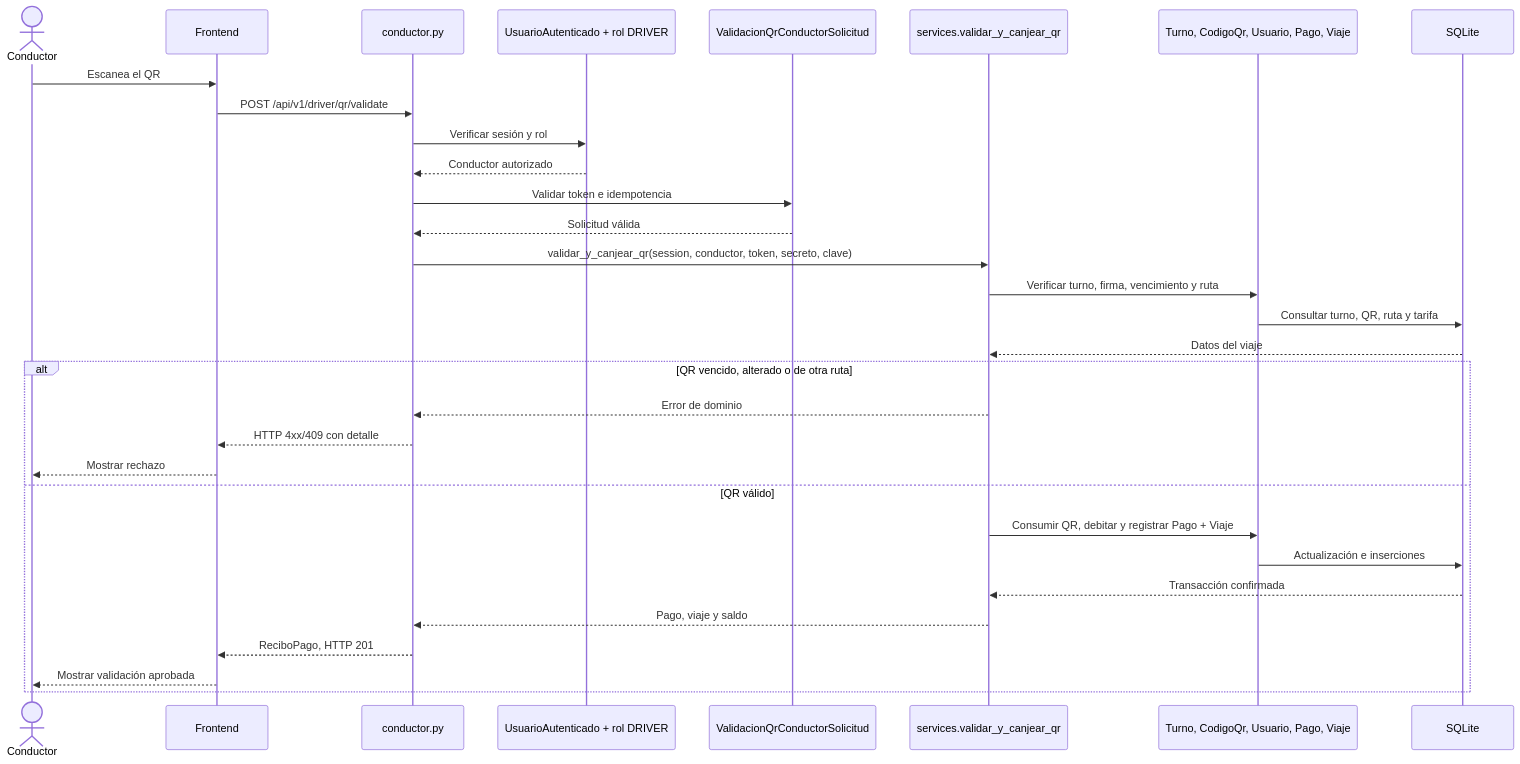
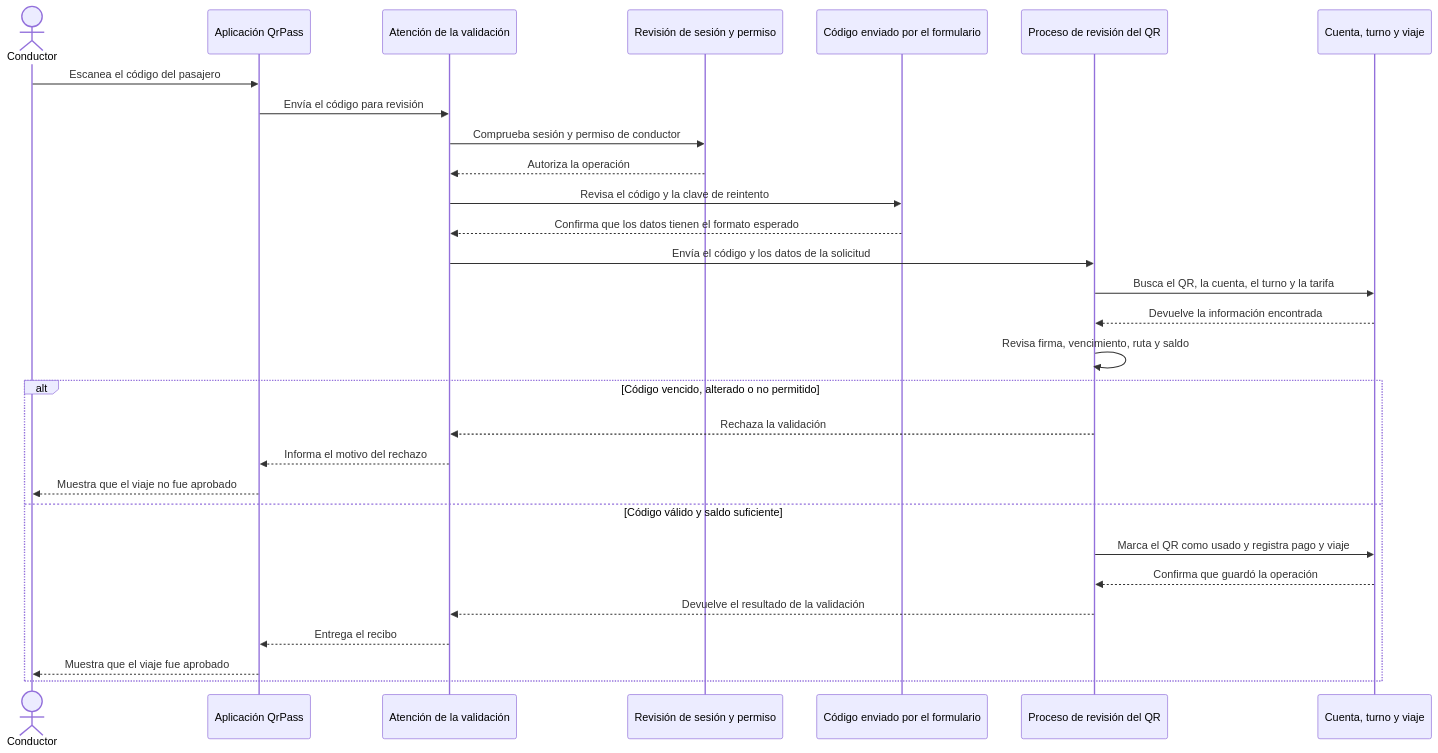
Before and after one commit to zNicolasDev/QrPass: the second of 4 diagrams in backend/docs/uml_mvc_y_entregables.md, drawn with Mermaid. The commit also changed other lines of this file, not shown here.

First line of the commit message:
Simplifica los diagramas UML para la documentación

````diff
--- a/backend/docs/uml_mvc_y_entregables.md
+++ b/backend/docs/uml_mvc_y_entregables.md
@@ -58,33 +55,31 @@
 ```mermaid
 sequenceDiagram
     actor Conductor
-    participant Vista as Frontend
-    participant Controlador as conductor.py
-    participant Auth as UsuarioAutenticado + rol DRIVER
-    participant DTO as ValidacionQrConductorSolicitud
-    participant Servicio as services.validar_y_canjear_qr
-    participant Modelo as Turno, CodigoQr, Usuario, Pago, Viaje
-    participant BD as SQLite
-    Conductor->>Vista: Escanea el QR
-    Vista->>Controlador: POST /api/v1/driver/qr/validate
-    Controlador->>Auth: Verificar sesión y rol
-    Auth-->>Controlador: Conductor autorizado
-    Controlador->>DTO: Validar token e idempotencia
-    DTO-->>Controlador: Solicitud válida
-    Controlador->>Servicio: validar_y_canjear_qr(session, conductor, token, secreto, clave)
-    Servicio->>Modelo: Verificar turno, firma, vencimiento y ruta
-    Modelo->>BD: Consultar turno, QR, ruta y tarifa
-    BD-->>Servicio: Datos del viaje
-    alt QR vencido, alterado o de otra ruta
-        Servicio-->>Controlador: Error de dominio
-        Controlador-->>Vista: HTTP 4xx/409 con detalle
-        Vista-->>Conductor: Mostrar rechazo
-    else QR válido
-        Servicio->>Modelo: Consumir QR, debitar y registrar Pago + Viaje
-        Modelo->>BD: Actualización e inserciones
-        BD-->>Servicio: Transacción confirmada
-        Servicio-->>Controlador: Pago, viaje y saldo
-        Controlador-->>Vista: ReciboPago, HTTP 201
-        Vista-->>Conductor: Mostrar validación aprobada
+    participant Aplicacion as Aplicación QrPass
+    participant Controlador as Atención de la validación
+    participant Acceso as Revisión de sesión y permiso
+    participant Solicitud as Código enviado por el formulario
+    participant Servicio as Proceso de revisión del QR
+    participant Datos as Cuenta, turno y viaje
+    Conductor->>Aplicacion: Escanea el código del pasajero
+    Aplicacion->>Controlador: Envía el código para revisión
+    Controlador->>Acceso: Comprueba sesión y permiso de conductor
+    Acceso-->>Controlador: Autoriza la operación
+    Controlador->>Solicitud: Revisa el código y la clave de reintento
+    Solicitud-->>Controlador: Confirma que los datos tienen el formato esperado
+    Controlador->>Servicio: Envía el código y los datos de la solicitud
+    Servicio->>Datos: Busca el QR, la cuenta, el turno y la tarifa
+    Datos-->>Servicio: Devuelve la información encontrada
+    Servicio->>Servicio: Revisa firma, vencimiento, ruta y saldo
+    alt Código vencido, alterado o no permitido
+        Servicio-->>Controlador: Rechaza la validación
+        Controlador-->>Aplicacion: Informa el motivo del rechazo
+        Aplicacion-->>Conductor: Muestra que el viaje no fue aprobado
+    else Código válido y saldo suficiente
+        Servicio->>Datos: Marca el QR como usado y registra pago y viaje
+        Datos-->>Servicio: Confirma que guardó la operación
+        Servicio-->>Controlador: Devuelve el resultado de la validación
+        Controlador-->>Aplicacion: Entrega el recibo
+        Aplicacion-->>Conductor: Muestra que el viaje fue aprobado
     end
 ```
````
